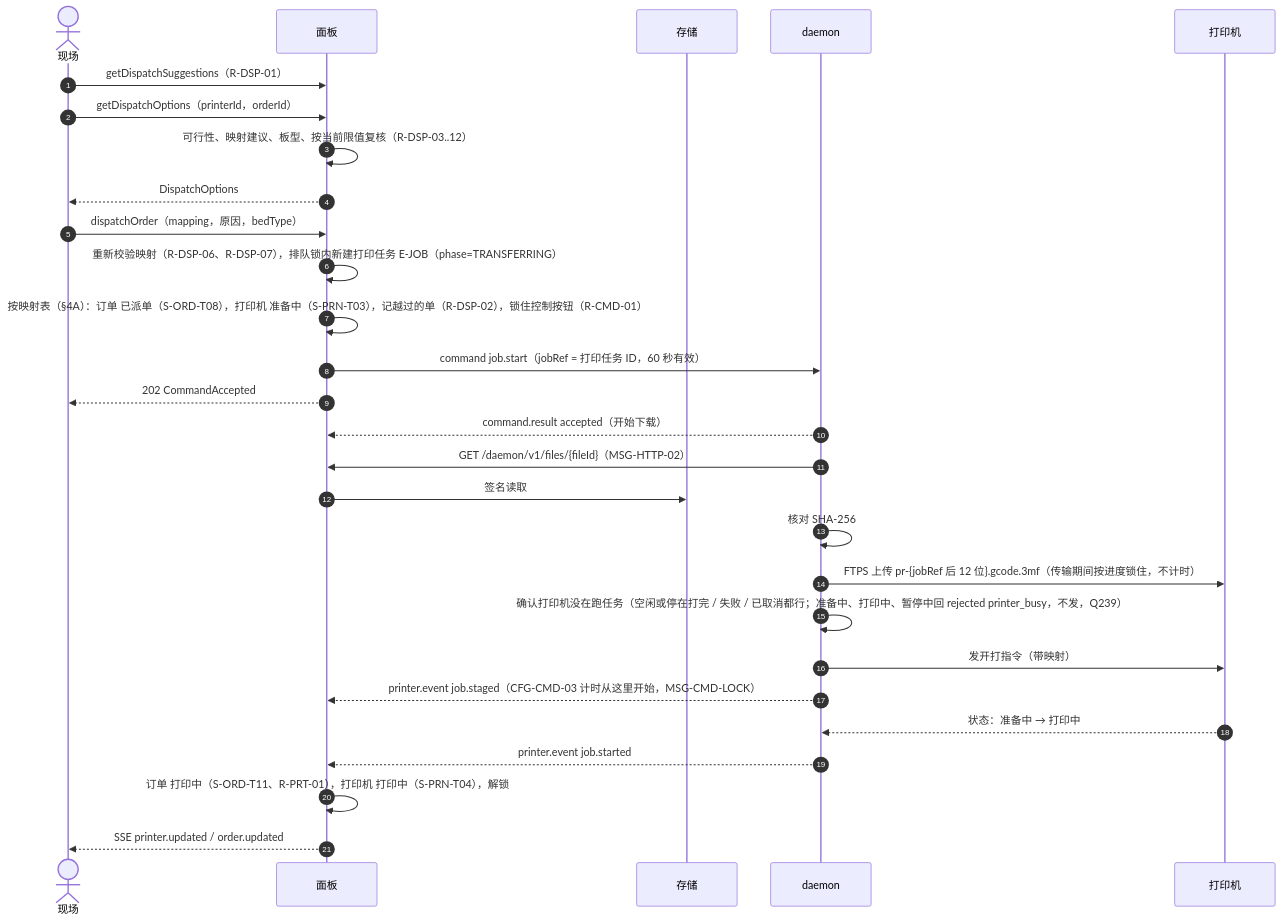
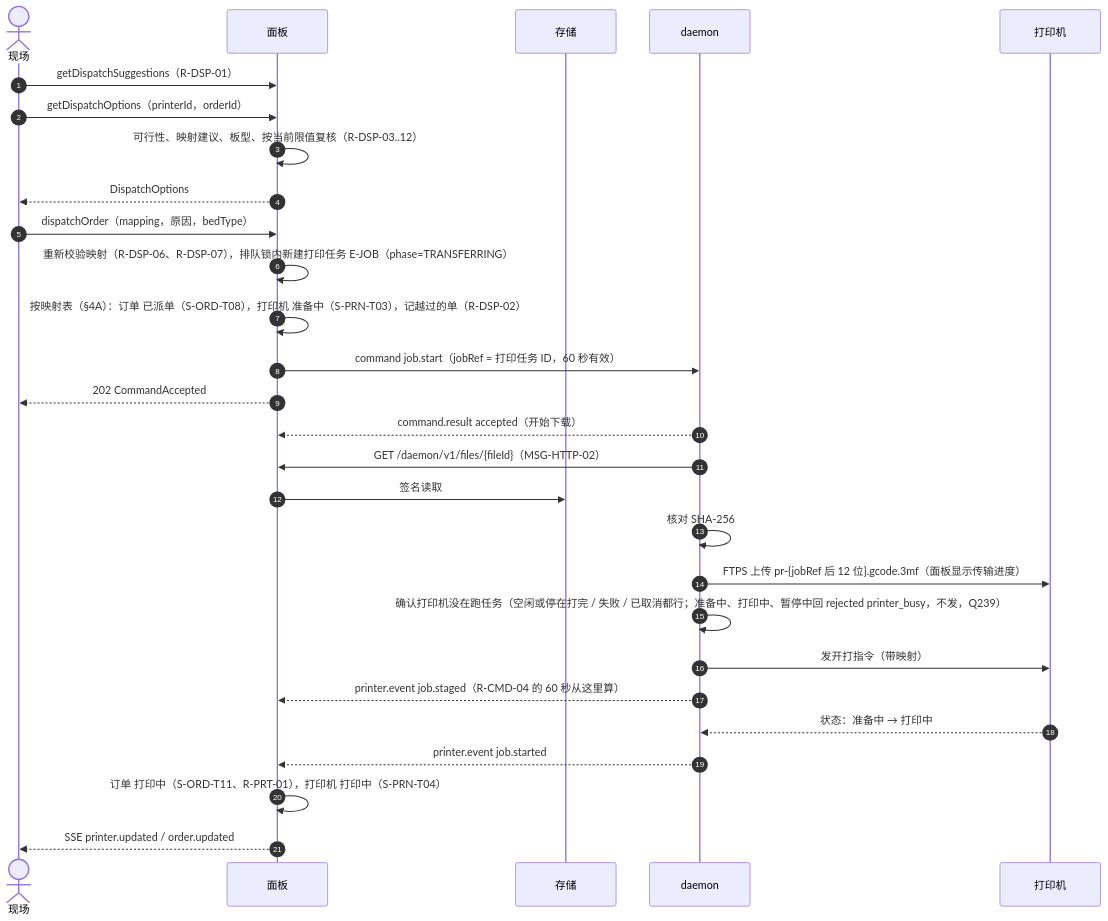
The third of 11 diagrams in docs/design/03-sequences.md (PlateRelay/PlateRelay), drawn with Mermaid before and after one commit. The commit also changed other lines of this file, not shown here.

First line of the commit message:
docs(design): remove command lock from dispatch, stop, fault, and reconcile sequences

````diff
--- a/docs/design/03-sequences.md
+++ b/docs/design/03-sequences.md
@@ -115,30 +115,30 @@
 ```mermaid
 sequenceDiagram
   autonumber
   actor S as 现场
   participant P as 面板
   participant O as 存储
   participant D as daemon
   participant R as 打印机
   S->>P: getDispatchSuggestions（R-DSP-01）
   S->>P: getDispatchOptions（printerId，orderId）
   P->>P: 可行性、映射建议、板型、按当前限值复核（R-DSP-03..12）
   P-->>S: DispatchOptions
   S->>P: dispatchOrder（mapping，原因，bedType）
   P->>P: 重新校验映射（R-DSP-06、R-DSP-07），排队锁内新建打印任务 E-JOB（phase=TRANSFERRING）
-  P->>P: 按映射表（§4A）：订单 已派单（S-ORD-T08），打印机 准备中（S-PRN-T03），记越过的单（R-DSP-02），锁住控制按钮（R-CMD-01）
+  P->>P: 按映射表（§4A）：订单 已派单（S-ORD-T08），打印机 准备中（S-PRN-T03），记越过的单（R-DSP-02）
   P->>D: command job.start（jobRef = 打印任务 ID，60 秒有效）
   P-->>S: 202 CommandAccepted
   D-->>P: command.result accepted（开始下载）
   D->>P: GET /daemon/v1/files/{fileId}（MSG-HTTP-02）
   P->>O: 签名读取
   D->>D: 核对 SHA-256
-  D->>R: FTPS 上传 pr-{jobRef 后 12 位}.gcode.3mf（传输期间按进度锁住，不计时）
+  D->>R: FTPS 上传 pr-{jobRef 后 12 位}.gcode.3mf（面板显示传输进度）
   D->>D: 确认打印机没在跑任务（空闲或停在打完 / 失败 / 已取消都行；准备中、打印中、暂停中回 rejected printer_busy，不发，Q239）
   D->>R: 发开打指令（带映射）
-  D-->>P: printer.event job.staged（CFG-CMD-03 计时从这里开始，MSG-CMD-LOCK）
+  D-->>P: printer.event job.staged（R-CMD-04 的 60 秒从这里算）
   R-->>D: 状态：准备中 → 打印中
   D-->>P: printer.event job.started
-  P->>P: 订单 打印中（S-ORD-T11、R-PRT-01），打印机 打印中（S-PRN-T04），解锁
+  P->>P: 订单 打印中（S-ORD-T11、R-PRT-01），打印机 打印中（S-PRN-T04）
   P-->>S: SSE printer.updated / order.updated
 ```
````
